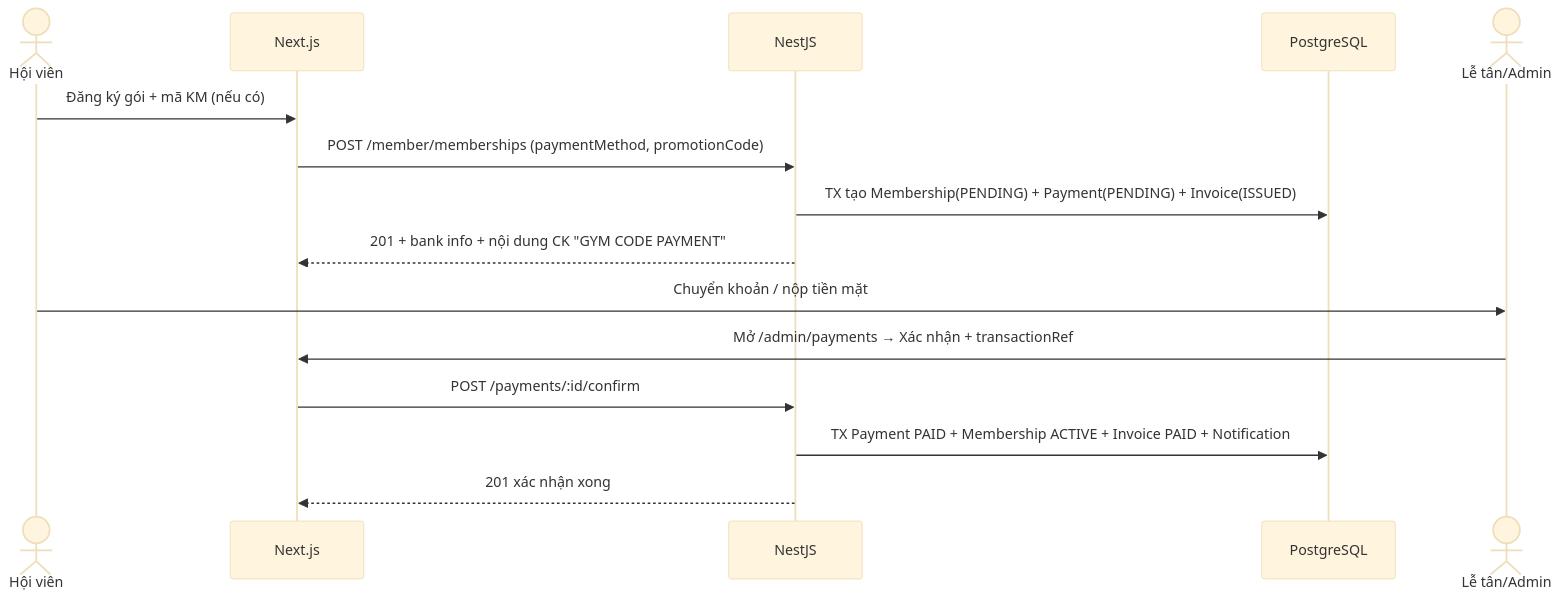
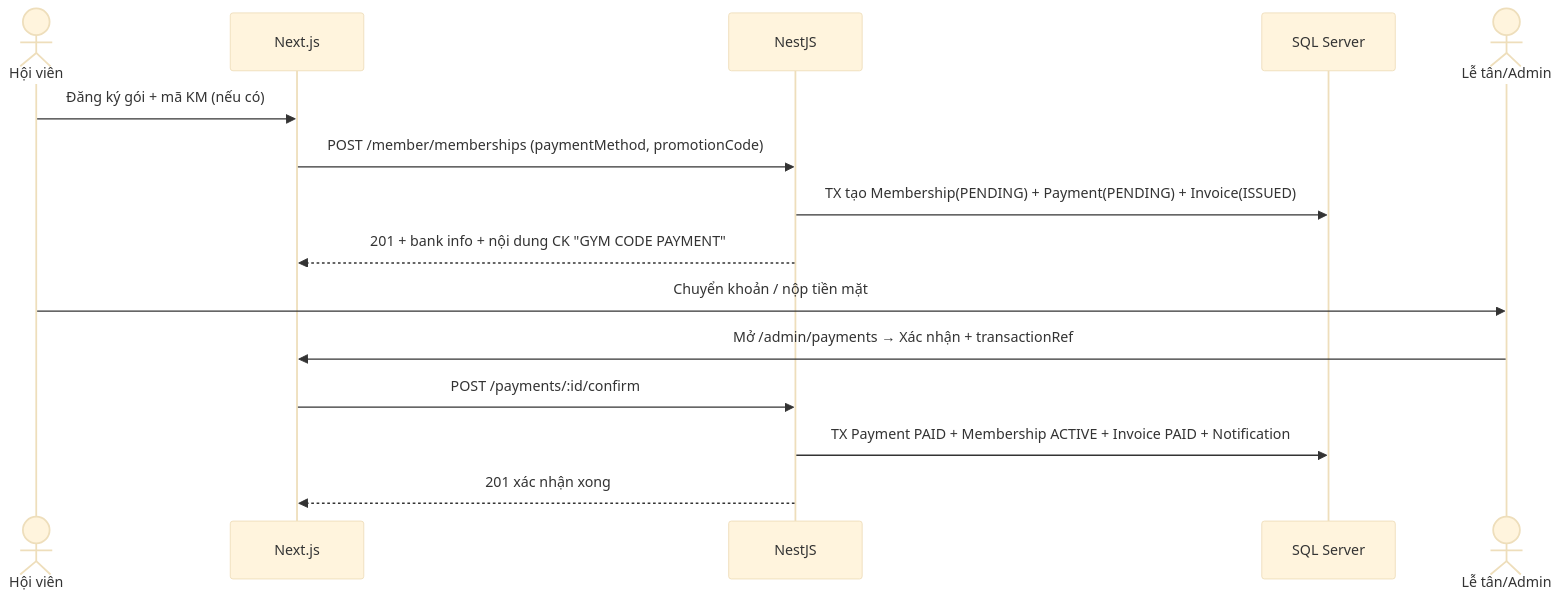
The second of 3 diagrams in docs/bao-cao-bo-sung.md (tuann300724/GymShark), drawn with Mermaid (base theme) before and after one commit. The commit also changed 110 other files, not shown here.

Commit message:
feat(db): migrate full stack to SQL Server 2022 (provider sqlserver, schema pull, .env, docker-compose, docs, remove equipment feature, fix face-embedding parse)

````diff
--- a/docs/bao-cao-bo-sung.md
+++ b/docs/bao-cao-bo-sung.md
@@ -62,17 +62,17 @@
 ```mermaid
 sequenceDiagram
   actor M as Hội viên
   participant FE as Next.js
   participant API as NestJS
-  participant DB as PostgreSQL
+  participant DB as SQL Server
   actor S as Lễ tân/Admin
   M->>FE: Đăng ký gói + mã KM (nếu có)
   FE->>API: POST /member/memberships (paymentMethod, promotionCode)
   API->>DB: TX tạo Membership(PENDING) + Payment(PENDING) + Invoice(ISSUED)
   API-->>FE: 201 + bank info + nội dung CK "GYM CODE PAYMENT"
   M->>S: Chuyển khoản / nộp tiền mặt
   S->>FE: Mở /admin/payments → Xác nhận + transactionRef
   FE->>API: POST /payments/:id/confirm
   API->>DB: TX Payment PAID + Membership ACTIVE + Invoice PAID + Notification
   API-->>FE: 201 xác nhận xong
 ```
````
